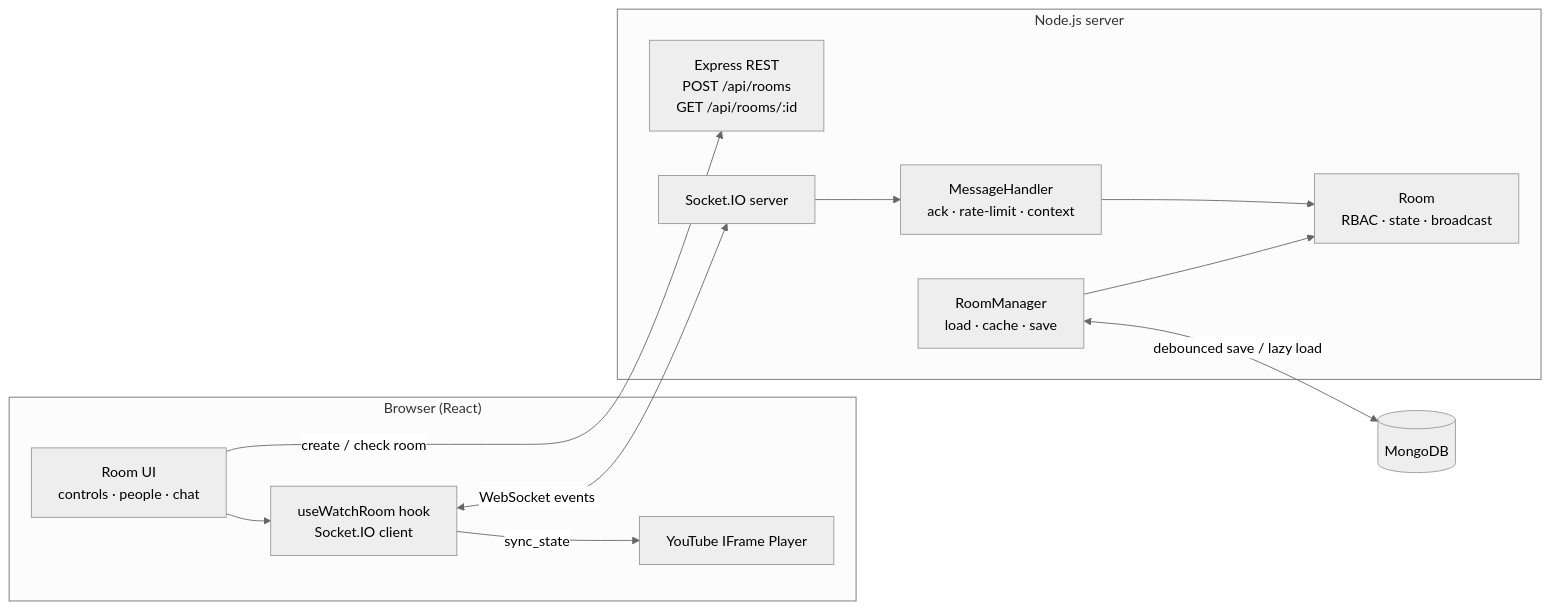
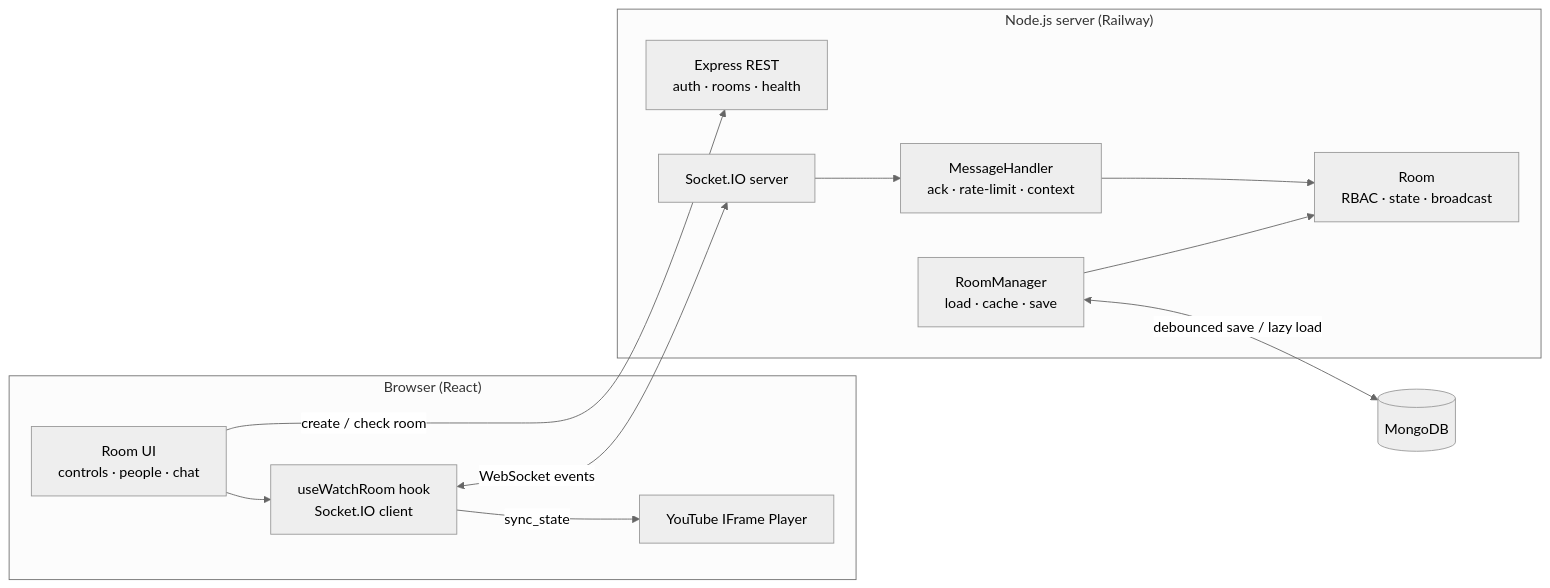
One commit to Rahulkumargitimsec/youtube-watch-party changed the diagram in README.md. Above: the diagram before and after it, drawn with Mermaid (neutral theme). The commit also changed other lines of this file and 8 other files, not shown here.

````diff
--- a/README.md
+++ b/README.md
@@ -65,26 +72,26 @@
 ```mermaid
 flowchart LR
   subgraph Browser["Browser (React)"]
     UI[Room UI<br/>controls · people · chat]
     YT[YouTube IFrame Player]
     Hook[useWatchRoom hook<br/>Socket.IO client]
     UI --> Hook
     Hook -- sync_state --> YT
   end
 
-  subgraph Server["Node.js server"]
-    REST[Express REST<br/>POST /api/rooms<br/>GET /api/rooms/:id]
+  subgraph Server["Node.js server (Railway)"]
+    REST[Express REST<br/>auth · rooms · health]
     WS[Socket.IO server]
     MH[MessageHandler<br/>ack · rate-limit · context]
     RM[RoomManager<br/>load · cache · save]
     R[Room<br/>RBAC · state · broadcast]
     WS --> MH --> R
     RM --> R
   end
 
   DB[(MongoDB)]
 
   UI -- create / check room --> REST
   Hook <-- WebSocket events --> WS
   RM <-- debounced save / lazy load --> DB
 ```
````
